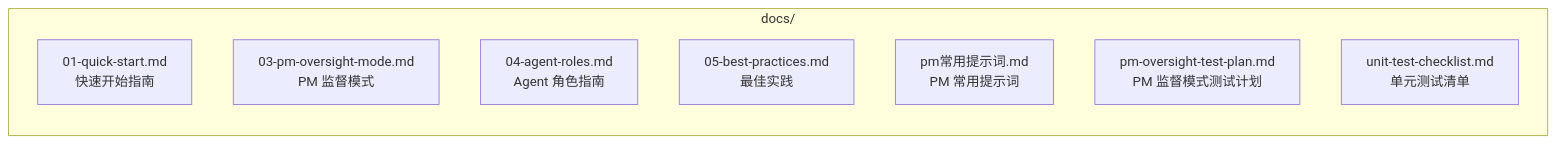
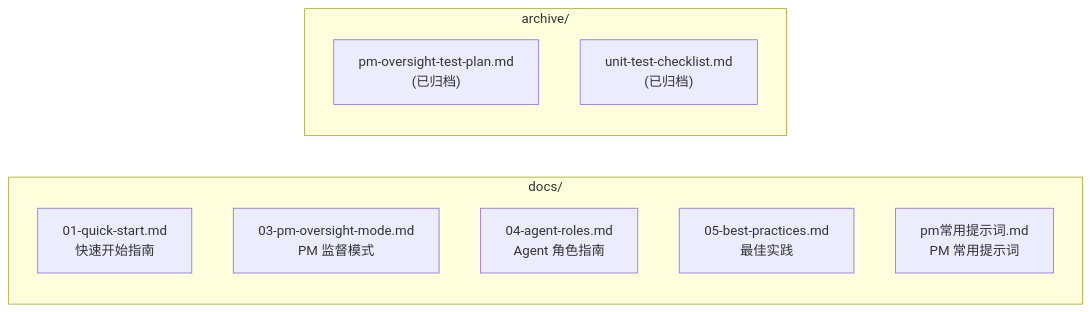
Before and after one commit to coolwoo/Tmux-AI-Team: the diagram in docs/CLAUDE.md, drawn with Mermaid. The commit also changed other lines of this file and 4 other files, not shown here.

First line of the commit message:
cleanup: archive historical test documentation

````diff
--- a/docs/CLAUDE.md
+++ b/docs/CLAUDE.md
@@ -11,12 +11,14 @@
 ```mermaid
 graph LR
     subgraph Docs["docs/"]
         QS["01-quick-start.md<br/>快速开始指南"]
         PM["03-pm-oversight-mode.md<br/>PM 监督模式"]
         ROLES["04-agent-roles.md<br/>Agent 角色指南"]
         BP["05-best-practices.md<br/>最佳实践"]
         PROMPTS["pm常用提示词.md<br/>PM 常用提示词"]
-        TEST["pm-oversight-test-plan.md<br/>PM 监督模式测试计划"]
-        UNIT["unit-test-checklist.md<br/>单元测试清单"]
+    end
+    subgraph Archive["archive/"]
+        TEST["pm-oversight-test-plan.md<br/>(已归档)"]
+        UNIT["unit-test-checklist.md<br/>(已归档)"]
     end
 ```
````
